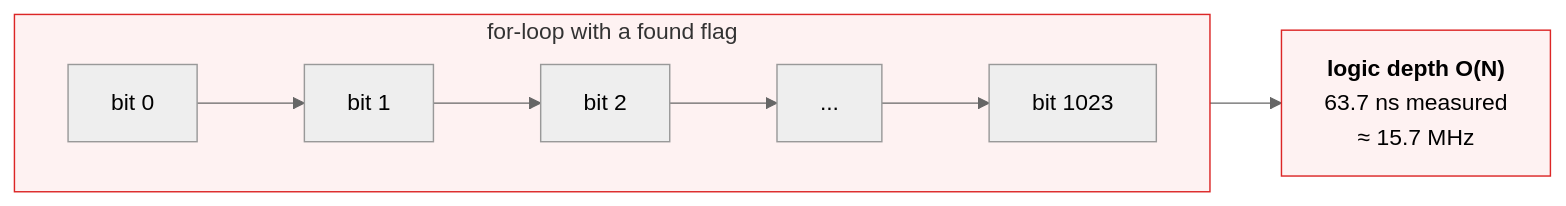
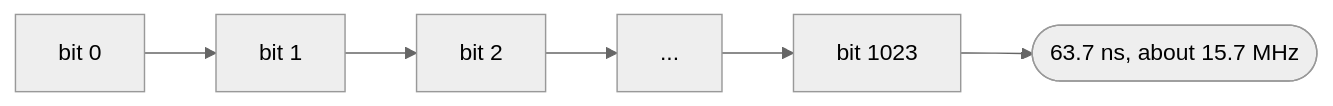
One commit to Rushmello369/fpga-feed-handler changed the second of 5 diagrams in docs/diagrams/priority_encoder.md. Above: the diagram before and after it, drawn with Mermaid (neutral theme). The commit also changed other lines of this file and 12 other files, not shown here.

Commit message:
add diagrams for system and module architectures

````diff
--- a/docs/diagrams/priority_encoder.md
+++ b/docs/diagrams/priority_encoder.md
@@ -41,11 +32,5 @@
 ```mermaid
 flowchart LR
-    subgraph NAIVE["for-loop with a found flag"]
-        direction LR
-        N0["bit 0"] --> N1["bit 1"] --> N2["bit 2"] --> NDOTS["..."] --> N1023["bit 1023"]
-    end
-    NAIVE --> RES["<b>logic depth O(N)</b><br/>63.7 ns measured<br/>≈ 15.7 MHz"]
-
-    classDef bad fill:#fef2f2,stroke:#dc2626
-    class NAIVE,RES bad
+    N0[bit 0] --> N1[bit 1] --> N2[bit 2] --> ND[...] --> N1023[bit 1023]
+    N1023 --> RES([63.7 ns, about 15.7 MHz])
 ```
````
